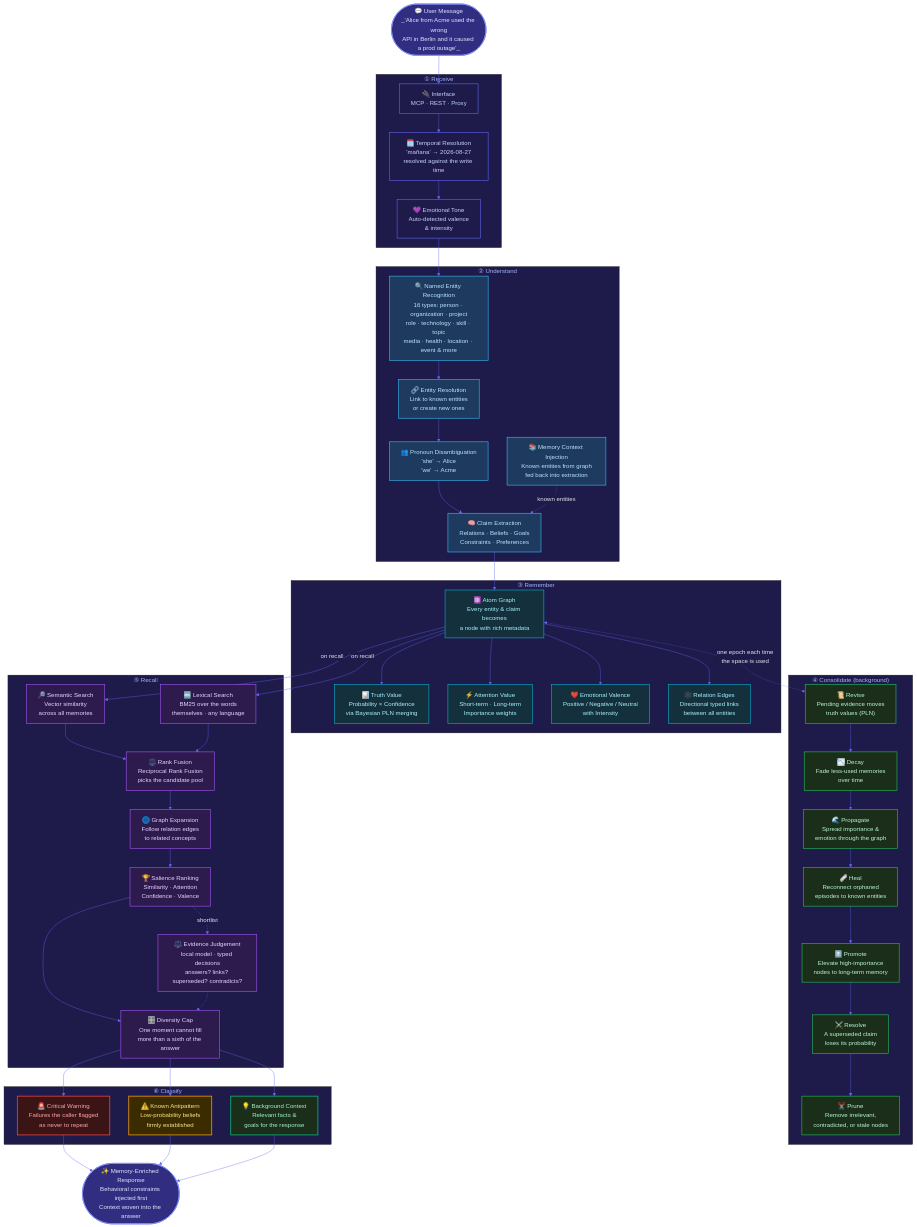
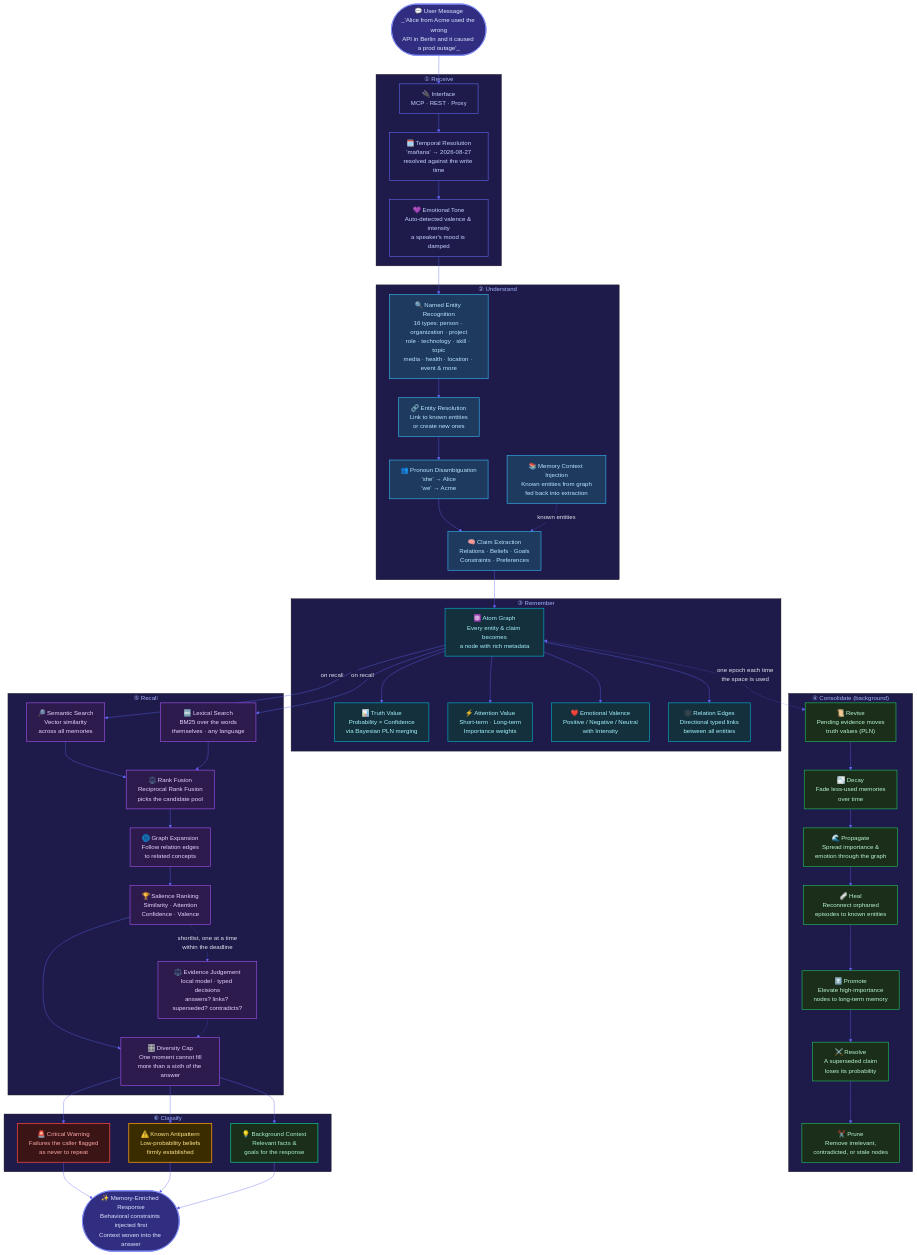
The diagram in docs/pipeline.md (cyqlelabs/smrti), drawn with Mermaid before and after one commit. The commit also changed 3 other files, not shown here.

```diff
--- a/docs/pipeline.md
+++ b/docs/pipeline.md
@@ -23,7 +23,7 @@
 
     subgraph RECEIVE ["  ① Receive  "]
         GATE["🔌 Interface\nMCP · REST · Proxy"]
-        SENTIMENT["💜 Emotional Tone\nAuto-detected valence\n& intensity"]
+        SENTIMENT["💜 Emotional Tone\nAuto-detected valence & intensity\na speaker's mood is damped"]
         WHEN["🗓️ Temporal Resolution\n'mañana' → 2026-08-27\nresolved against the write time"]
     end
 
@@ -88,7 +88,7 @@
     ATOMS -->|"on recall"| KNN & BM25
     KNN & BM25 --> FUSE
     FUSE --> EXPAND --> SALIENCE --> DIVERSE
-    SALIENCE -.->|"shortlist"| JUDGE -.-> DIVERSE
+    SALIENCE -.->|"shortlist, one at a time\nwithin the deadline"| JUDGE -.-> DIVERSE
     DIVERSE --> CRITICAL & ANTIPATTERN & CONTEXT_OUT
     CRITICAL & ANTIPATTERN & CONTEXT_OUT --> RESPOND
 
```
